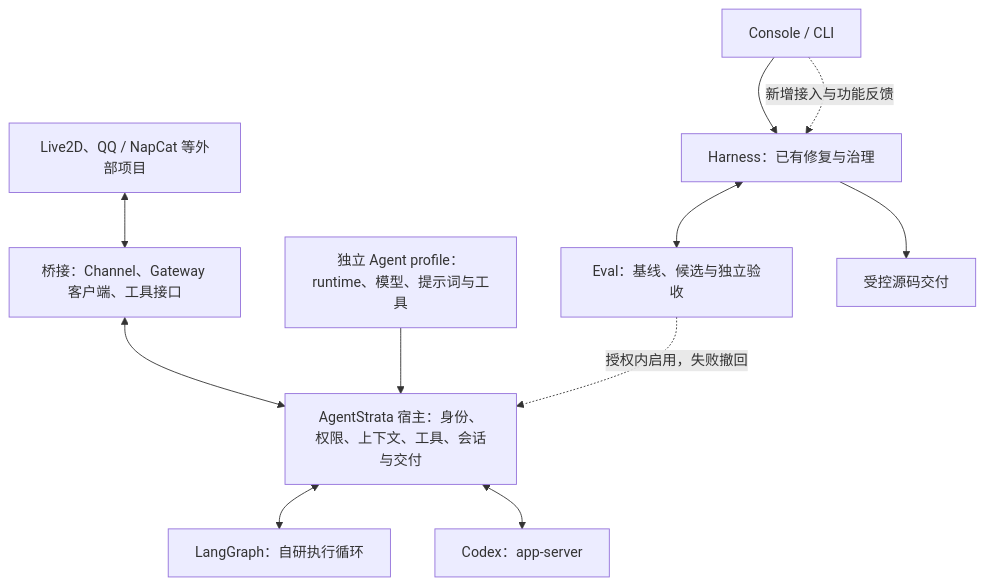
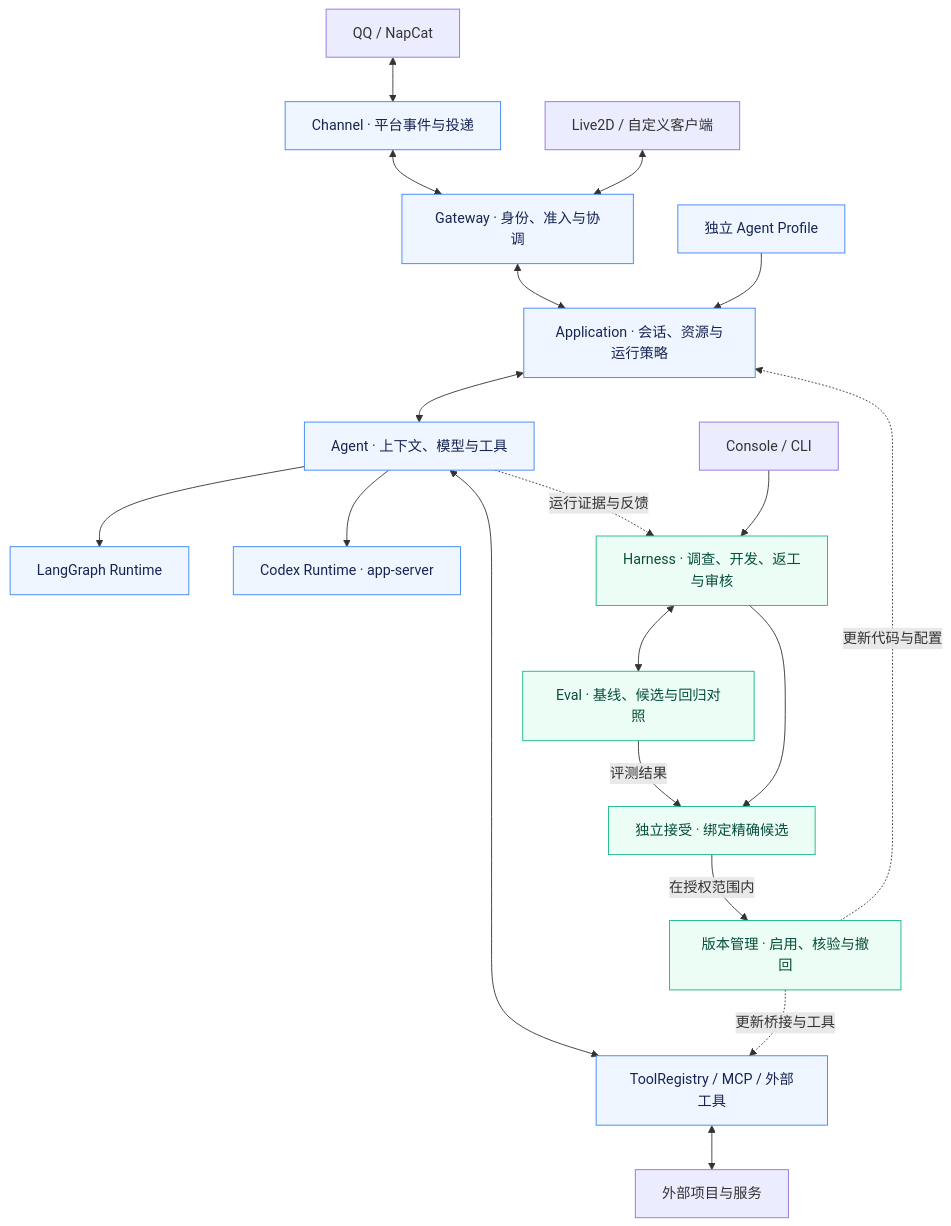
The diagram in README.md (Ling-ye/AgentStrata), drawn with Mermaid before and after one commit. The commit also changed other lines of this file and 4 other files, not shown here.

````diff
--- a/README.md
+++ b/README.md
@@ -51,13 +52,27 @@
 ```mermaid
 flowchart TB
-    P["Live2D、QQ / NapCat 等外部项目"] <--> B["桥接：Channel、Gateway 客户端、工具接口"]
-    B <--> A["AgentStrata 宿主：身份、权限、上下文、工具、会话与交付"]
-    PROFILE["独立 Agent profile：runtime、模型、提示词与工具"] --> A
-    A <--> L["LangGraph：自研执行循环"]
-    A <--> C["Codex：app-server"]
-    UI["Console / CLI"] --> H["Harness：已有修复与治理"]
-    H <--> E["Eval：基线、候选与独立验收"]
-    H --> D["受控源码交付"]
-    UI -. "新增接入与功能反馈" .-> H
-    E -. "授权内启用，失败撤回" .-> A
+    QQ["QQ / NapCat"] <--> CH["Channel · 平台事件与投递"]
+    LIVE["Live2D / 自定义客户端"] <--> GW["Gateway · 身份、准入与协调"]
+    CH <--> GW
+    GW <--> APP["Application · 会话、资源与运行策略"]
+    APP <--> AG["Agent · 上下文、模型与工具"]
+    PROFILE["独立 Agent Profile"] --> APP
+    AG --> LG["LangGraph Runtime"]
+    AG --> CX["Codex Runtime · app-server"]
+    AG <--> TOOLS["ToolRegistry / MCP / 外部工具"]
+    TOOLS <--> EXT["外部项目与服务"]
+
+    UI["Console / CLI"] --> H["Harness · 调查、开发、返工与审核"]
+    AG -. "运行证据与反馈" .-> H
+    H <--> E["Eval · 基线、候选与回归对照"]
+    H --> ACCEPT["独立接受 · 绑定精确候选"]
+    E -- "评测结果" --> ACCEPT
+    ACCEPT -- "在授权范围内" --> V["版本管理 · 启用、核验与撤回"]
+    V -. "更新代码与配置" .-> APP
+    V -. "更新桥接与工具" .-> TOOLS
+
+    classDef runtime fill:#eff6ff,stroke:#3b82f6,color:#172554;
+    classDef improve fill:#ecfdf5,stroke:#10b981,color:#064e3b;
+    class CH,GW,APP,AG,PROFILE,LG,CX,TOOLS runtime;
+    class H,E,ACCEPT,V improve;
 ```
````
